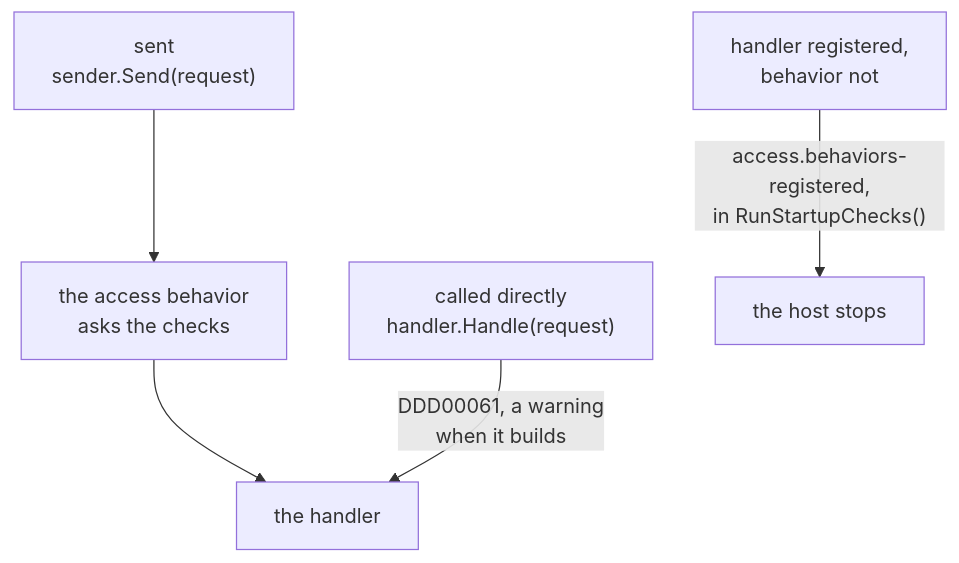
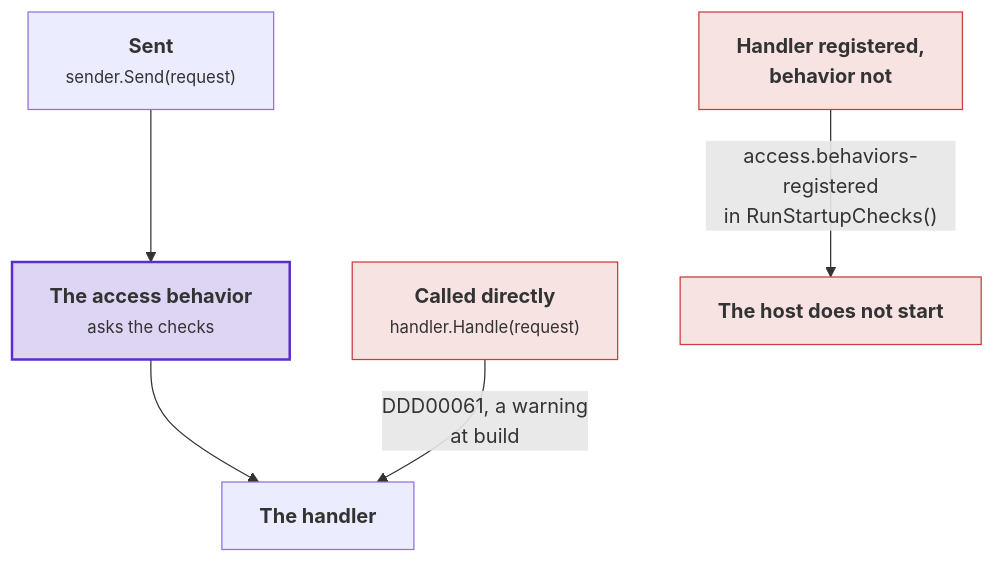
One commit to DylanSnel/DDDToolkit changed the tenth of 10 diagrams in docs/access-requirements.md. Above: the diagram before and after it, drawn with Mermaid. The commit also changed other lines of this file and 41 other files, not shown here.

First line of the commit message:
Docs: plain prose, one word per concept, and readable diagrams on every page

````diff
--- a/docs/access-requirements.md
+++ b/docs/access-requirements.md
@@ -1351,6 +1529,10 @@
 ```mermaid
 flowchart TB
-    Sent["sent<br/>sender.Send(request)"] --> Behavior["the access behavior<br/>asks the checks"] --> Handler["the handler"]
-    Direct["called directly<br/>handler.Handle(request)"] -- "DDD00061, a warning<br/>when it builds" --> Handler
-    Missing["handler registered,<br/>behavior not"] -- "access.behaviors-registered,<br/>in RunStartupChecks()" --> Stopped["the host stops"]
+    Sent["<b>Sent</b><br/><small>sender.Send(request)</small>"] --> Behavior["<b>The access behavior</b><br/><small>asks the checks</small>"] --> Handler["<b>The handler</b>"]
+    Direct["<b>Called directly</b><br/><small>handler.Handle(request)</small>"] -- "DDD00061, a warning<br/>at build" --> Handler
+    Missing["<b>Handler registered,<br/>behavior not</b>"] -- "access.behaviors-registered<br/>in RunStartupChecks()" --> Stopped["<b>The host does not start</b>"]
+    classDef strong fill:#5b2ec933,stroke:#5b2ec9,stroke-width:2px
+    classDef bad fill:#c93c3c24,stroke:#c93c3c
+    class Behavior strong
+    class Direct,Missing,Stopped bad
 ```
````
